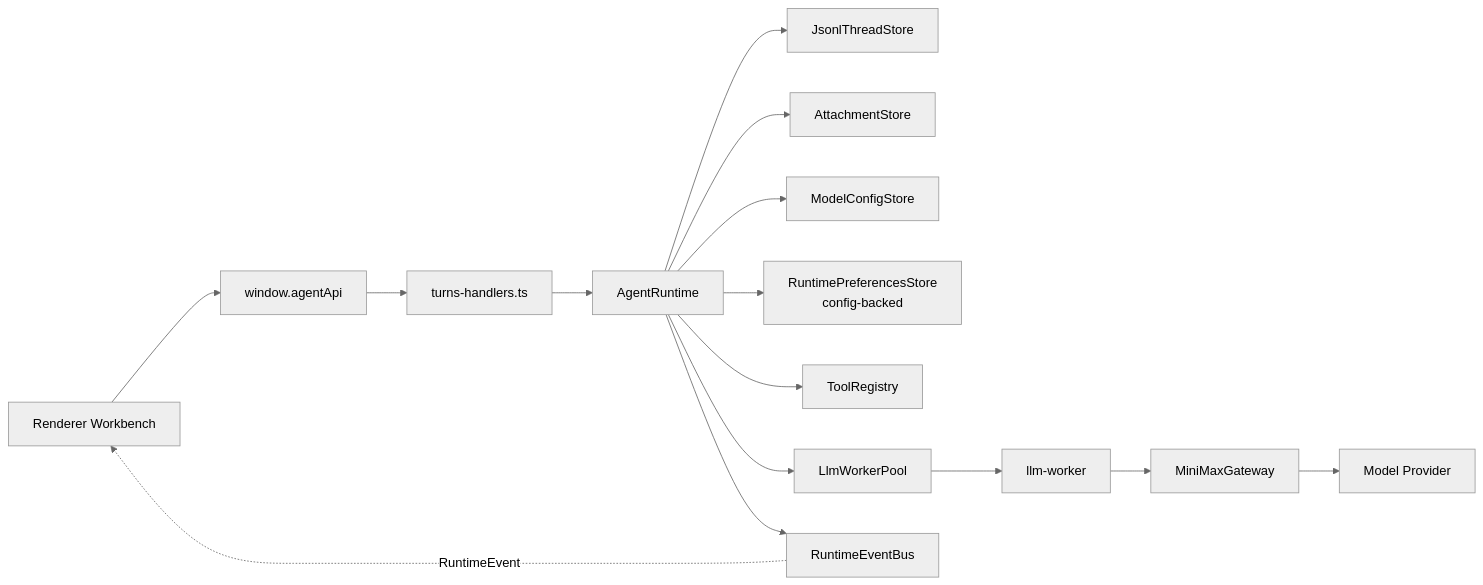
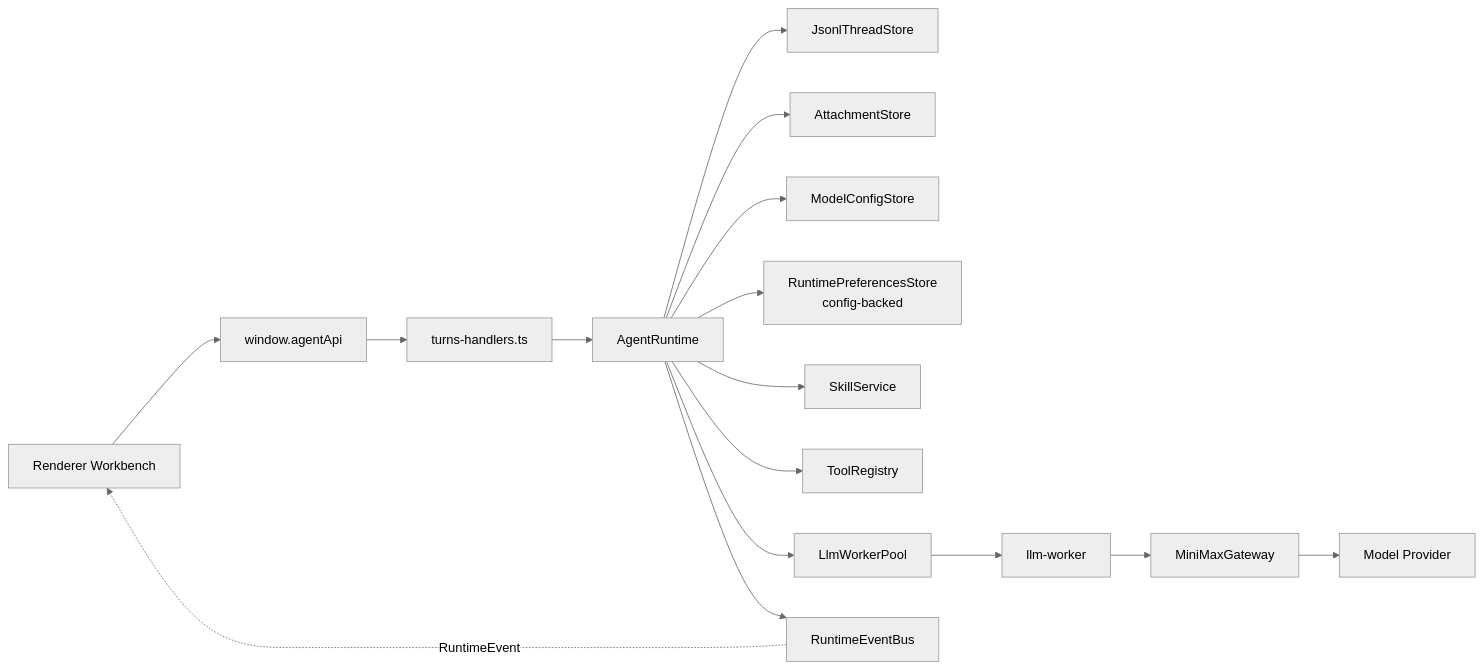
The first of 7 diagrams in docs/runtime-flow.md (dp-sudo/agent-pyramid-desktop), drawn with Mermaid (neutral theme) before and after one commit. The commit also changed other lines of this file and 42 other files, not shown here.

````diff
--- a/docs/runtime-flow.md
+++ b/docs/runtime-flow.md
@@ -28,32 +28,34 @@
 ```mermaid
 flowchart LR
   Renderer["Renderer Workbench"]
   Preload["window.agentApi"]
   TurnHandler["turns-handlers.ts"]
   Runtime["AgentRuntime"]
   Store["JsonlThreadStore"]
   Attachments["AttachmentStore"]
   Config["ModelConfigStore"]
   Preferences["RuntimePreferencesStore\nconfig-backed"]
+  Skills["SkillService"]
   Registry["ToolRegistry"]
   Bus["RuntimeEventBus"]
   Pool["LlmWorkerPool"]
   Worker["llm-worker"]
   Gateway["MiniMaxGateway"]
   Provider["Model Provider"]
 
   Renderer --> Preload
   Preload --> TurnHandler
   TurnHandler --> Runtime
   Runtime --> Store
   Runtime --> Attachments
   Runtime --> Config
   Runtime --> Preferences
+  Runtime --> Skills
   Runtime --> Registry
   Runtime --> Pool
   Runtime --> Bus
   Pool --> Worker
   Worker --> Gateway
   Gateway --> Provider
   Bus -. "RuntimeEvent" .-> Renderer
 ```
````
